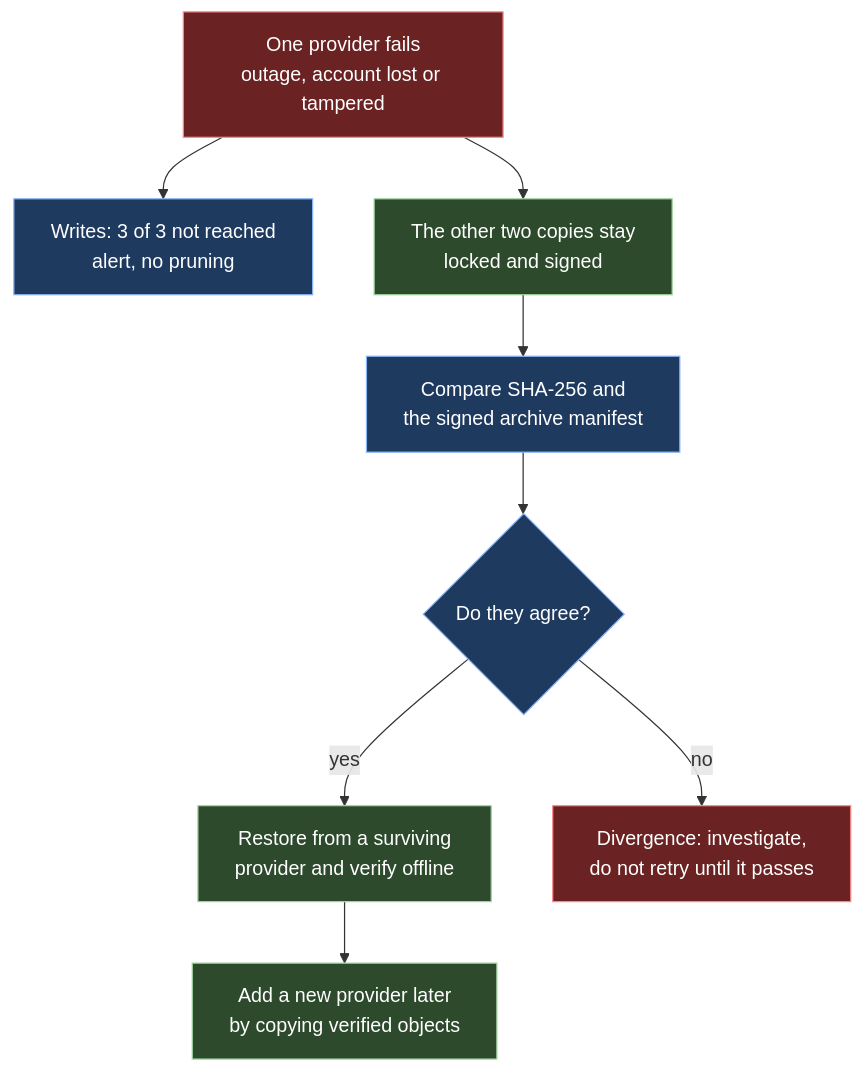
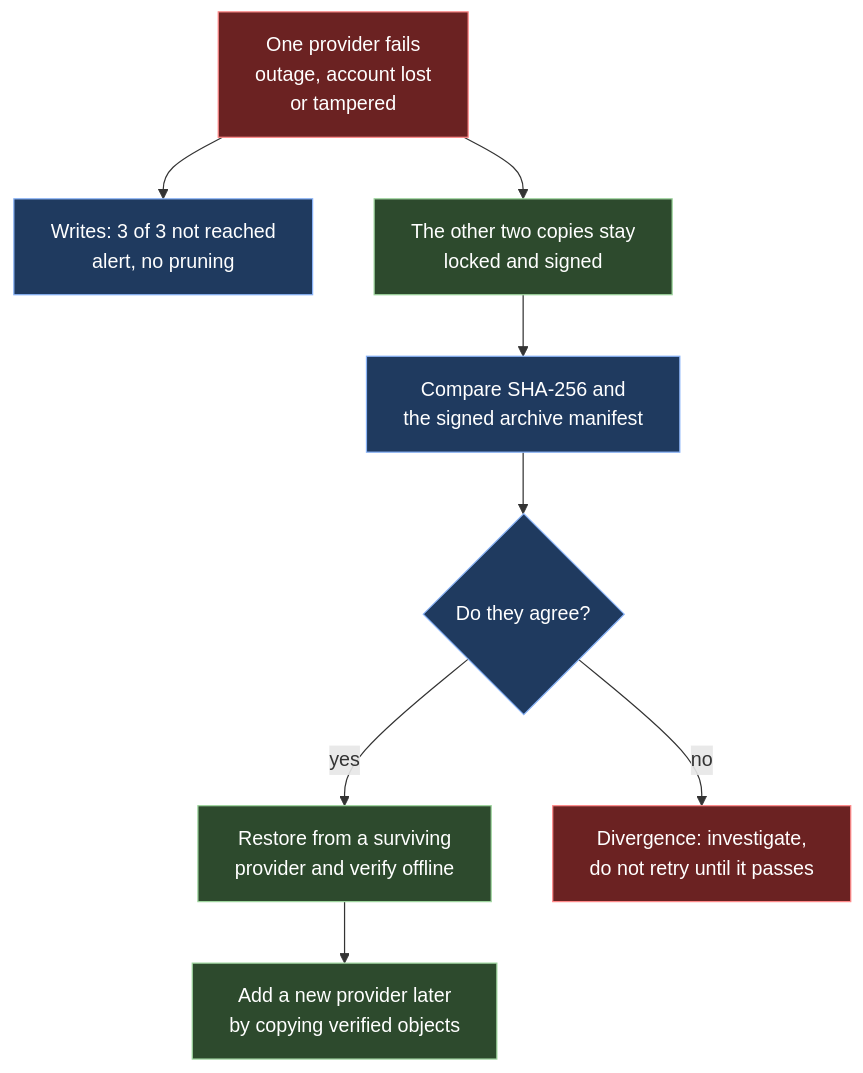
The diagram in docs/wiki/diagrams/archive-provider-outage.mmd (MacGuard/macguard-yara-channel), drawn with Mermaid before and after one commit. The commit also changed 120 other files, not shown here.

```diff
--- a/docs/wiki/diagrams/archive-provider-outage.mmd
+++ b/docs/wiki/diagrams/archive-provider-outage.mmd
@@ -1,22 +1,22 @@
 flowchart TB
-  F["One provider fails<br/>outage, account lost or tampered"]
+  F["One provider fails<br/>outage, account lost<br/>or tampered"]
   W["Writes: 3 of 3 not reached<br/>alert, no pruning"]
   S["The other two copies stay<br/>locked and signed"]
   C["Compare SHA-256 and<br/>the signed archive manifest"]
   D{"Do they agree?"}
   Y["Restore from a surviving<br/>provider and verify offline"]
   N["Divergence: investigate,<br/>do not retry until it passes"]
   A["Add a new provider later<br/>by copying verified objects"]
   F --> W
   F --> S
   S --> C
   C --> D
   D -->|yes| Y
   D -->|no| N
   Y --> A
   classDef bad fill:#6b2222,stroke:#ff8a8a,color:#ffffff
   classDef ok fill:#2d4a2d,stroke:#9fd69f,color:#ffffff
   classDef mid fill:#1f3a5f,stroke:#8ab4f8,color:#ffffff
   class F,N bad
   class S,Y,A ok
   class W,C,D mid
```
